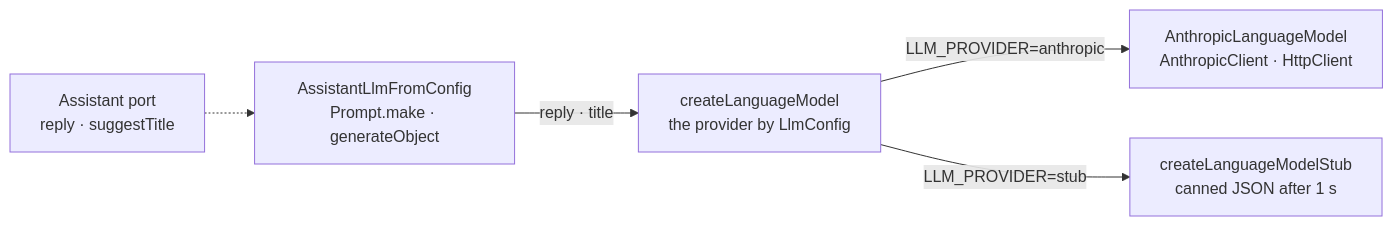
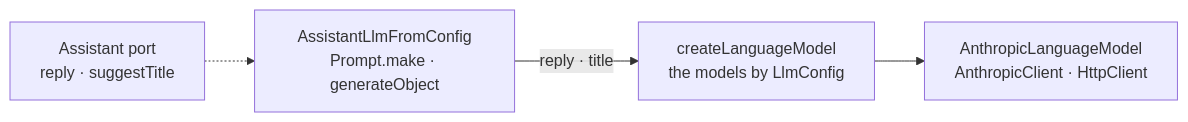
One commit to khotei/app-template changed the diagram in docs/knowledge/ai.md. Above: the diagram before and after it, drawn with Mermaid. The commit also changed other lines of this file and 99 other files, not shown here.

````diff
--- a/docs/knowledge/ai.md
+++ b/docs/knowledge/ai.md
@@ -18,7 +19,6 @@
 ```mermaid
 graph LR
   P["Assistant port<br/>reply · suggestTitle"] -.-> L["AssistantLlmFromConfig<br/>Prompt.make · generateObject"]
-  L -->|"reply · title"| K["createLanguageModel<br/>the provider by LlmConfig"]
-  K -->|"LLM_PROVIDER=anthropic"| A["AnthropicLanguageModel<br/>AnthropicClient · HttpClient"]
-  K -->|"LLM_PROVIDER=stub"| S["createLanguageModelStub<br/>canned JSON after 1 s"]
+  L -->|"reply · title"| K["createLanguageModel<br/>the models by LlmConfig"]
+  K --> A["AnthropicLanguageModel<br/>AnthropicClient · HttpClient"]
 ```
````
